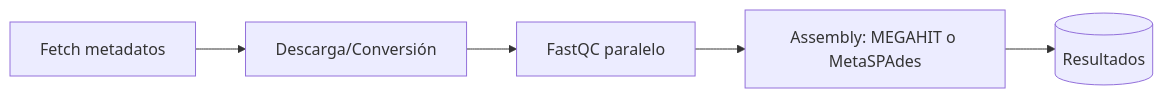
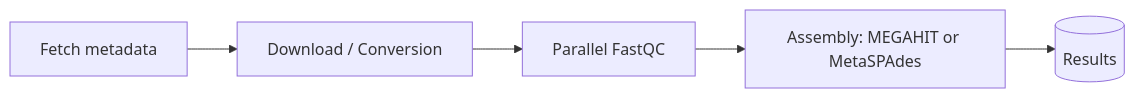
Before and after one commit to irmagonzalez/magenta: the diagram in README.md, drawn with Mermaid. The commit also changed other lines of this file, not shown here.

````diff
--- a/README.md
+++ b/README.md
@@ -47,7 +47,7 @@
 ```mermaid
 flowchart LR
-    A[Fetch metadatos] --> B[Descarga/Conversión]
-    B --> C[FastQC paralelo]
-    C --> D[Assembly: MEGAHIT o MetaSPAdes]
-    D --> E[(Resultados)]
+     A[Fetch metadata] --> B[Download / Conversion]
+    B --> C[Parallel FastQC]
+    C --> D[Assembly: MEGAHIT or MetaSPAdes]
+    D --> E[(Results)]
 ```
````
